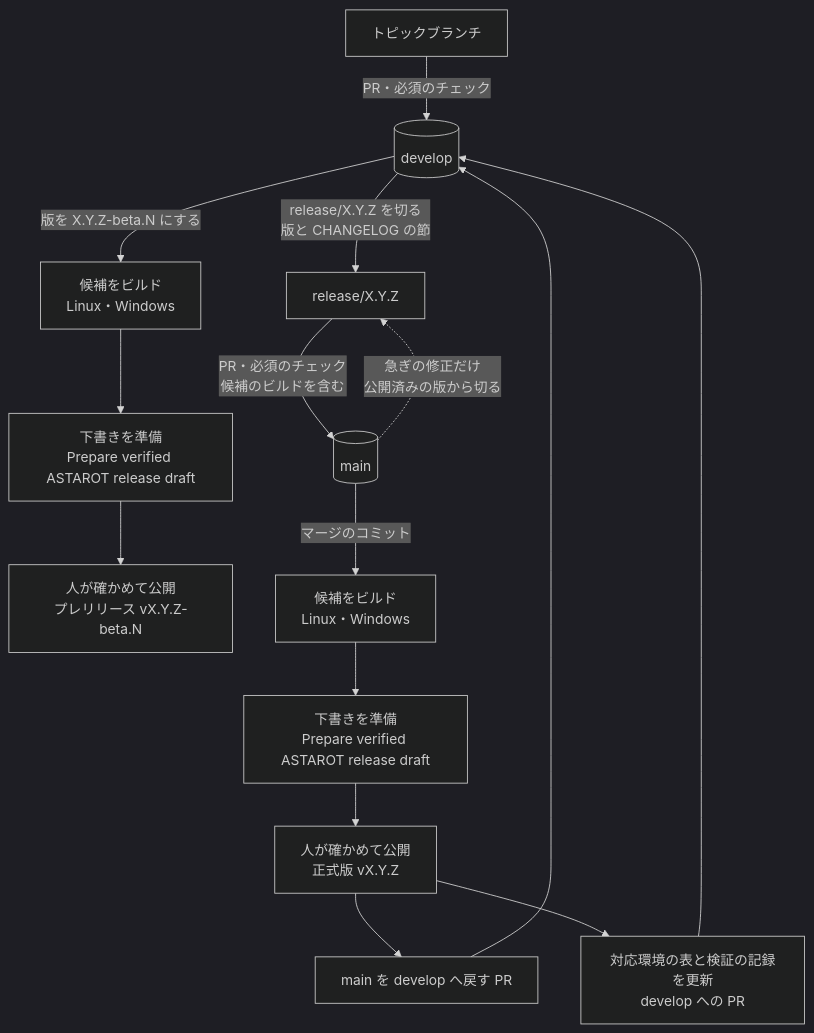
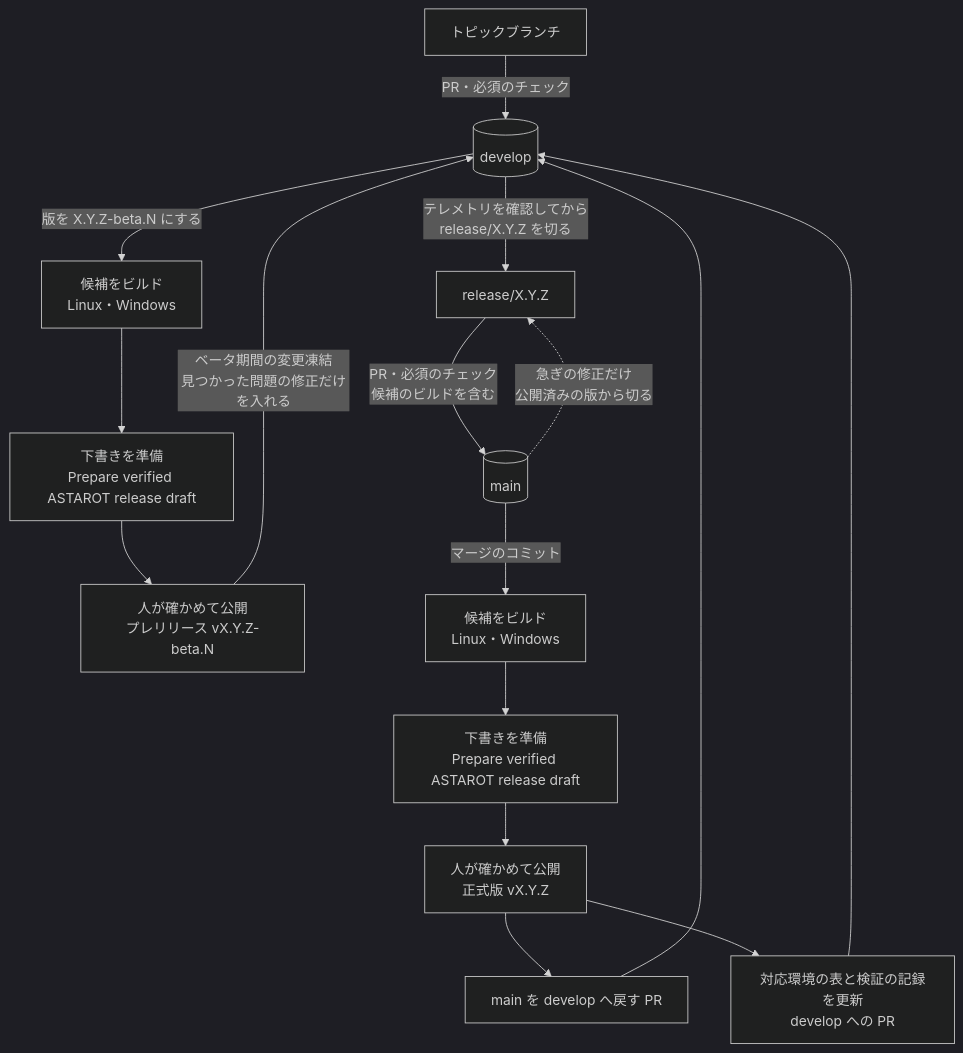
The diagram in docs/voice-stack/release-candidates.md (kein5/astarot), drawn with Mermaid (dark theme) before and after one commit. The commit also changed other lines of this file and 2 other files, not shown here.

Commit message:
docs(release): add beta freeze and telemetry check to release procedures

````diff
--- a/docs/voice-stack/release-candidates.md
+++ b/docs/voice-stack/release-candidates.md
@@ -7,19 +7,20 @@
 ```mermaid
 flowchart TD
     topic["トピックブランチ"] -->|"PR・必須のチェック"| develop[("develop")]
 
     develop -->|"版を X.Y.Z-beta.N にする"| betaBuild["候補をビルド<br>Linux・Windows"]
     betaBuild --> betaDraft["下書きを準備<br>Prepare verified ASTAROT release draft"]
     betaDraft --> betaPublish["人が確かめて公開<br>プレリリース vX.Y.Z-beta.N"]
+    betaPublish -->|"ベータ期間の変更凍結<br>見つかった問題の修正だけを入れる"| develop
 
-    develop -->|"release/X.Y.Z を切る<br>版と CHANGELOG の節"| release["release/X.Y.Z"]
+    develop -->|"テレメトリを確認してから<br>release/X.Y.Z を切る"| release["release/X.Y.Z"]
     main[("main")] -.->|"急ぎの修正だけ<br>公開済みの版から切る"| release
     release -->|"PR・必須のチェック<br>候補のビルドを含む"| main
     main -->|"マージのコミット"| stableBuild["候補をビルド<br>Linux・Windows"]
     stableBuild --> stableDraft["下書きを準備<br>Prepare verified ASTAROT release draft"]
     stableDraft --> stablePublish["人が確かめて公開<br>正式版 vX.Y.Z"]
     stablePublish --> back["main を develop へ戻す PR"]
     back --> develop
     stablePublish --> matrix["対応環境の表と検証の記録を更新<br>develop への PR"]
     matrix --> develop
 ```
````
